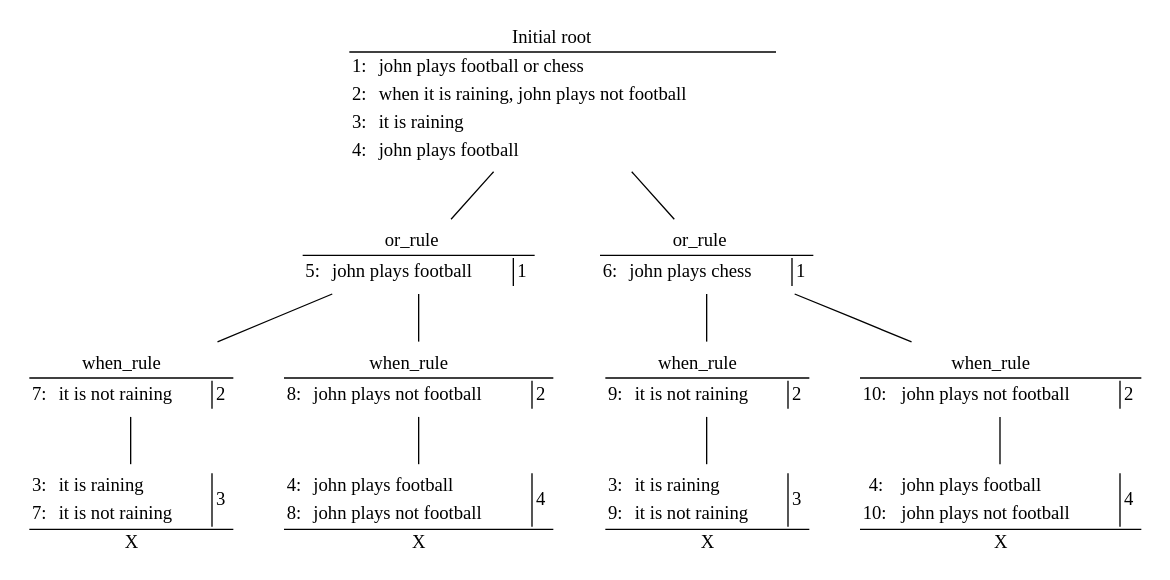
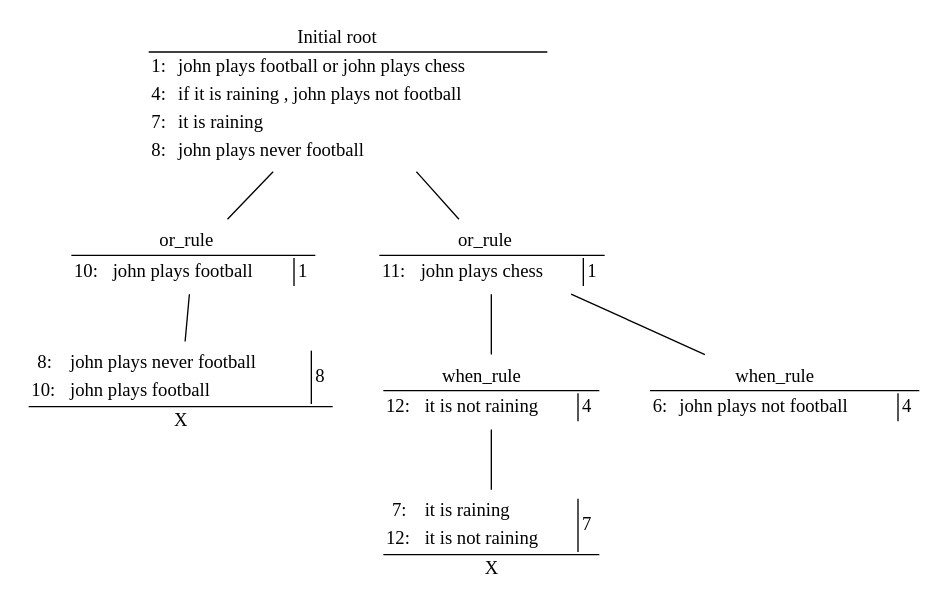
One commit to Blaxzter/Natural-Language-Reasoner changed the diagram in NL-Reasoning/solve-trees/first_example.gv. Above: the diagram before and after it, drawn with Graphviz. The commit also changed 18 other files, not shown here.

```diff
--- a/NL-Reasoning/solve-trees/first_example.gv
+++ b/NL-Reasoning/solve-trees/first_example.gv
@@ -1,89 +1,57 @@
 graph applied_rules {
 0 [label=<
         <table border="0" CELLBORDER="1">
         <tr><td COLSPAN="3" ALIGN="CENTER" SIDES="B">Initial root</td></tr>
-        <tr><td BORDER="0" CELLSPACING="10">1:</td><td BORDER="0" ALIGN="LEFT">john plays football or chess</td></tr><tr><td BORDER="0" CELLSPACING="10">2:</td><td BORDER="0" ALIGN="LEFT">when it is raining, john plays not football</td></tr><tr><td BORDER="0" CELLSPACING="10">3:</td><td BORDER="0" ALIGN="LEFT">it is raining</td></tr><tr><td BORDER="0" CELLSPACING="10">4:</td><td BORDER="0" ALIGN="LEFT">john plays football</td></tr>
+        <tr><td BORDER="0" CELLSPACING="10">1:</td><td BORDER="0" ALIGN="LEFT">john plays football or john plays chess</td></tr><tr><td BORDER="0" CELLSPACING="10">4:</td><td BORDER="0" ALIGN="LEFT">if it is raining , john plays not football</td></tr><tr><td BORDER="0" CELLSPACING="10">7:</td><td BORDER="0" ALIGN="LEFT">it is raining</td></tr><tr><td BORDER="0" CELLSPACING="10">8:</td><td BORDER="0" ALIGN="LEFT">john plays never football</td></tr>
         
         </table>
         >, shape=none];
 1 [label=<
         <table border="0" CELLBORDER="1">
         <tr><td COLSPAN="3" ALIGN="CENTER" SIDES="B">or_rule</td></tr>
-        <tr><td BORDER="0" CELLSPACING="10">5:</td><td BORDER="0" ALIGN="LEFT">john plays football</td><td ROWSPAN="1" SIDES="L">1</td></tr>
+        <tr><td BORDER="0" CELLSPACING="10">10:</td><td BORDER="0" ALIGN="LEFT">john plays football</td><td ROWSPAN="1" SIDES="L">1</td></tr>
         
         </table>
         >, shape=none];
 0 -- 1;
 2 [label=<
         <table border="0" CELLBORDER="1">
         <tr><td COLSPAN="3" ALIGN="CENTER" SIDES="B">or_rule</td></tr>
-        <tr><td BORDER="0" CELLSPACING="10">6:</td><td BORDER="0" ALIGN="LEFT">john plays chess</td><td ROWSPAN="1" SIDES="L">1</td></tr>
+        <tr><td BORDER="0" CELLSPACING="10">11:</td><td BORDER="0" ALIGN="LEFT">john plays chess</td><td ROWSPAN="1" SIDES="L">1</td></tr>
         
         </table>
         >, shape=none];
 0 -- 2;
 3 [label=<
         <table border="0" CELLBORDER="1">
-        <tr><td COLSPAN="3" ALIGN="CENTER" SIDES="B">when_rule</td></tr>
-        <tr><td BORDER="0" CELLSPACING="10">7:</td><td BORDER="0" ALIGN="LEFT">it is not raining</td><td ROWSPAN="1" SIDES="L">2</td></tr>
         
+        <tr><td BORDER="0" CELLSPACING="10">8:</td><td BORDER="0" ALIGN="LEFT">john plays never football</td><td ROWSPAN="2" SIDES="L">8</td></tr><tr><td BORDER="0" CELLSPACING="10">10:</td><td BORDER="0" ALIGN="LEFT">john plays football</td></tr>
+        <tr><td COLSPAN="3" ALIGN="CENTER" SIDES="T">X</td></tr>
         </table>
         >, shape=none];
 1 -- 3;
 4 [label=<
         <table border="0" CELLBORDER="1">
         <tr><td COLSPAN="3" ALIGN="CENTER" SIDES="B">when_rule</td></tr>
-        <tr><td BORDER="0" CELLSPACING="10">8:</td><td BORDER="0" ALIGN="LEFT">john plays not football</td><td ROWSPAN="1" SIDES="L">2</td></tr>
+        <tr><td BORDER="0" CELLSPACING="10">12:</td><td BORDER="0" ALIGN="LEFT">it is not raining</td><td ROWSPAN="1" SIDES="L">4</td></tr>
         
         </table>
         >, shape=none];
-1 -- 4;
+2 -- 4;
 5 [label=<
         <table border="0" CELLBORDER="1">
+        <tr><td COLSPAN="3" ALIGN="CENTER" SIDES="B">when_rule</td></tr>
+        <tr><td BORDER="0" CELLSPACING="10">6:</td><td BORDER="0" ALIGN="LEFT">john plays not football</td><td ROWSPAN="1" SIDES="L">4</td></tr>
         
-        <tr><td BORDER="0" CELLSPACING="10">3:</td><td BORDER="0" ALIGN="LEFT">it is raining</td><td ROWSPAN="2" SIDES="L">3</td></tr><tr><td BORDER="0" CELLSPACING="10">7:</td><td BORDER="0" ALIGN="LEFT">it is not raining</td></tr>
-        <tr><td COLSPAN="3" ALIGN="CENTER" SIDES="T">X</td></tr>
         </table>
         >, shape=none];
-3 -- 5;
+2 -- 5;
 6 [label=<
         <table border="0" CELLBORDER="1">
         
-        <tr><td BORDER="0" CELLSPACING="10">4:</td><td BORDER="0" ALIGN="LEFT">john plays football</td><td ROWSPAN="2" SIDES="L">4</td></tr><tr><td BORDER="0" CELLSPACING="10">8:</td><td BORDER="0" ALIGN="LEFT">john plays not football</td></tr>
+        <tr><td BORDER="0" CELLSPACING="10">7:</td><td BORDER="0" ALIGN="LEFT">it is raining</td><td ROWSPAN="2" SIDES="L">7</td></tr><tr><td BORDER="0" CELLSPACING="10">12:</td><td BORDER="0" ALIGN="LEFT">it is not raining</td></tr>
         <tr><td COLSPAN="3" ALIGN="CENTER" SIDES="T">X</td></tr>
         </table>
         >, shape=none];
 4 -- 6;
-7 [label=<
-        <table border="0" CELLBORDER="1">
-        <tr><td COLSPAN="3" ALIGN="CENTER" SIDES="B">when_rule</td></tr>
-        <tr><td BORDER="0" CELLSPACING="10">9:</td><td BORDER="0" ALIGN="LEFT">it is not raining</td><td ROWSPAN="1" SIDES="L">2</td></tr>
-        
-        </table>
-        >, shape=none];
-2 -- 7;
-8 [label=<
-        <table border="0" CELLBORDER="1">
-        <tr><td COLSPAN="3" ALIGN="CENTER" SIDES="B">when_rule</td></tr>
-        <tr><td BORDER="0" CELLSPACING="10">10:</td><td BORDER="0" ALIGN="LEFT">john plays not football</td><td ROWSPAN="1" SIDES="L">2</td></tr>
-        
-        </table>
-        >, shape=none];
-2 -- 8;
-9 [label=<
-        <table border="0" CELLBORDER="1">
-        
-        <tr><td BORDER="0" CELLSPACING="10">3:</td><td BORDER="0" ALIGN="LEFT">it is raining</td><td ROWSPAN="2" SIDES="L">3</td></tr><tr><td BORDER="0" CELLSPACING="10">9:</td><td BORDER="0" ALIGN="LEFT">it is not raining</td></tr>
-        <tr><td COLSPAN="3" ALIGN="CENTER" SIDES="T">X</td></tr>
-        </table>
-        >, shape=none];
-7 -- 9;
-10 [label=<
-        <table border="0" CELLBORDER="1">
-        
-        <tr><td BORDER="0" CELLSPACING="10">4:</td><td BORDER="0" ALIGN="LEFT">john plays football</td><td ROWSPAN="2" SIDES="L">4</td></tr><tr><td BORDER="0" CELLSPACING="10">10:</td><td BORDER="0" ALIGN="LEFT">john plays not football</td></tr>
-        <tr><td COLSPAN="3" ALIGN="CENTER" SIDES="T">X</td></tr>
-        </table>
-        >, shape=none];
-8 -- 10;
 }
```
